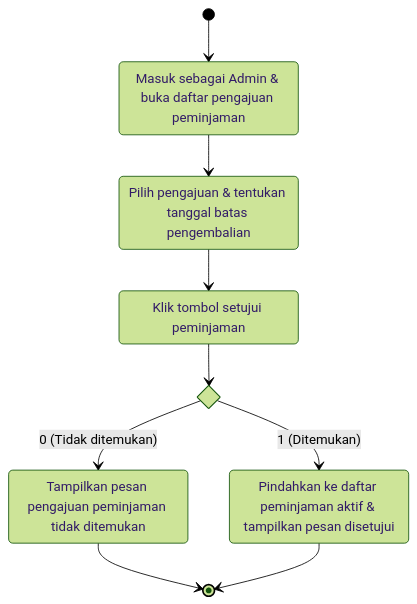
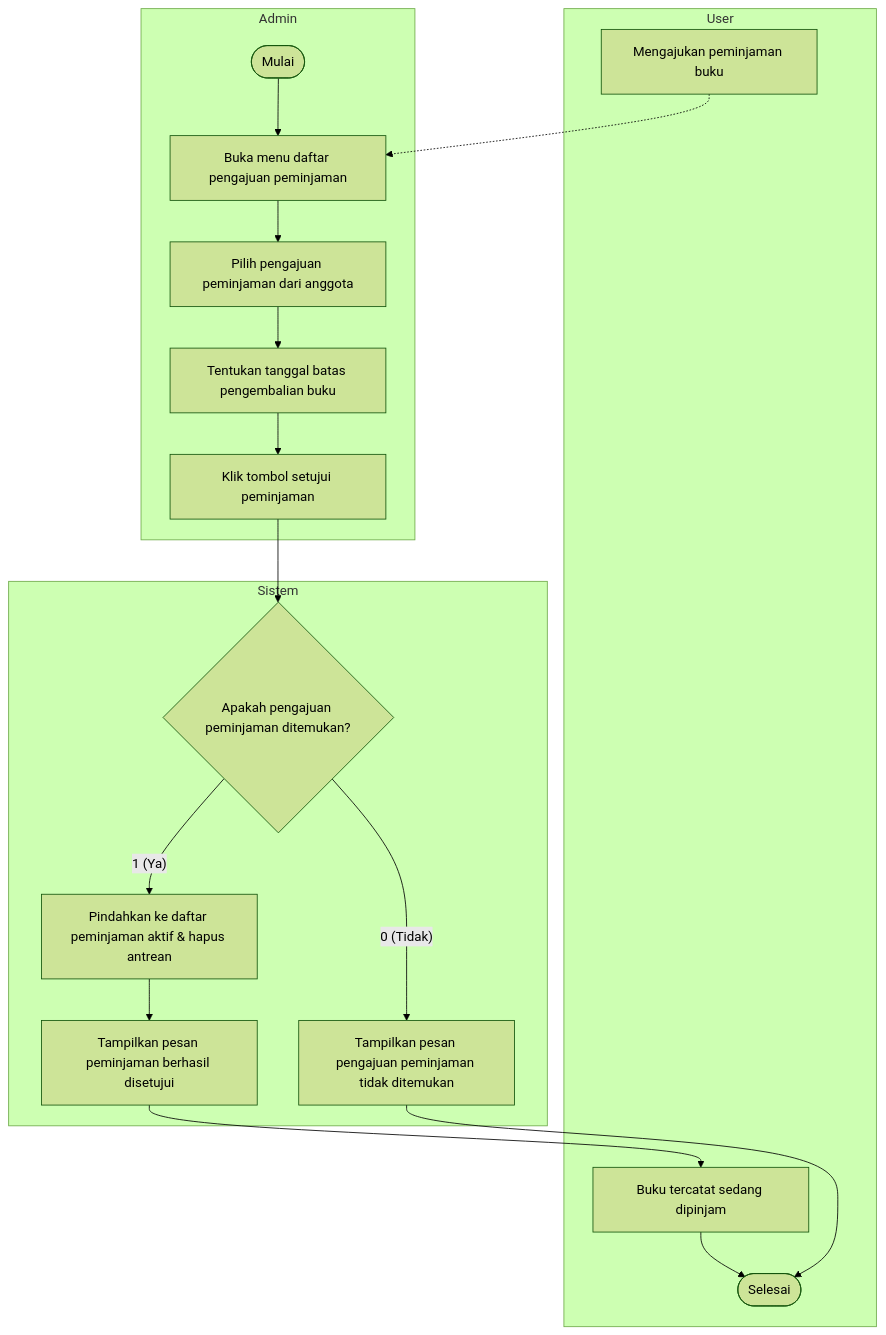
Before and after one commit to dimstyle/ruang-baca: the diagram in docs/uml/src/diagrams/list-diagrams/activity-acceptpeminjaman.mmd, drawn with Mermaid (forest theme). The commit also changed 24 other files, not shown here.

Commit message:
docs(uml): add User, Admin, and Sistem swimlanes to activity diagrams

```diff
--- a/docs/uml/src/diagrams/list-diagrams/activity-acceptpeminjaman.mmd
+++ b/docs/uml/src/diagrams/list-diagrams/activity-acceptpeminjaman.mmd
@@ -1,16 +1,22 @@
-stateDiagram-v2
-    state "Masuk sebagai Admin & buka daftar pengajuan peminjaman" as s1
-    state "Pilih pengajuan & tentukan tanggal batas pengembalian" as s2
-    state "Klik tombol setujui peminjaman" as s3
-    state checkFound <<choice>>
-    state "Tampilkan pesan pengajuan peminjaman tidak ditemukan" as err
-    state "Pindahkan ke daftar peminjaman aktif & tampilkan pesan disetujui" as ok
+flowchart TD
+    subgraph User["User"]
+        reqLoan["Mengajukan peminjaman buku"]
+        activeLoan["Buku tercatat sedang dipinjam"] --> finish(["Selesai"])
+    end
 
-    [*] --> s1
-    s1 --> s2
-    s2 --> s3
-    s3 --> checkFound
-    checkFound --> err : 0 (Tidak ditemukan)
-    checkFound --> ok : 1 (Ditemukan)
-    err --> [*]
-    ok --> [*]
+    subgraph Admin["Admin"]
+        start(["Mulai"]) --> openReq["Buka menu daftar pengajuan peminjaman"]
+        reqLoan -.-> openReq
+        openReq --> selectReq["Pilih pengajuan peminjaman dari anggota"]
+        selectReq --> inputLimit["Tentukan tanggal batas pengembalian buku"]
+        inputLimit --> clickApprove["Klik tombol setujui peminjaman"]
+    end
+
+    subgraph Sistem["Sistem"]
+        clickApprove --> checkFound{"Apakah pengajuan peminjaman ditemukan?"}
+        checkFound -->|"0 (Tidak)"| notFound["Tampilkan pesan pengajuan peminjaman tidak ditemukan"]
+        notFound --> finish
+        checkFound -->|"1 (Ya)"| moveActive["Pindahkan ke daftar peminjaman aktif & hapus antrean"]
+        moveActive --> msgOk["Tampilkan pesan peminjaman berhasil disetujui"]
+        msgOk --> activeLoan
+    end
```
